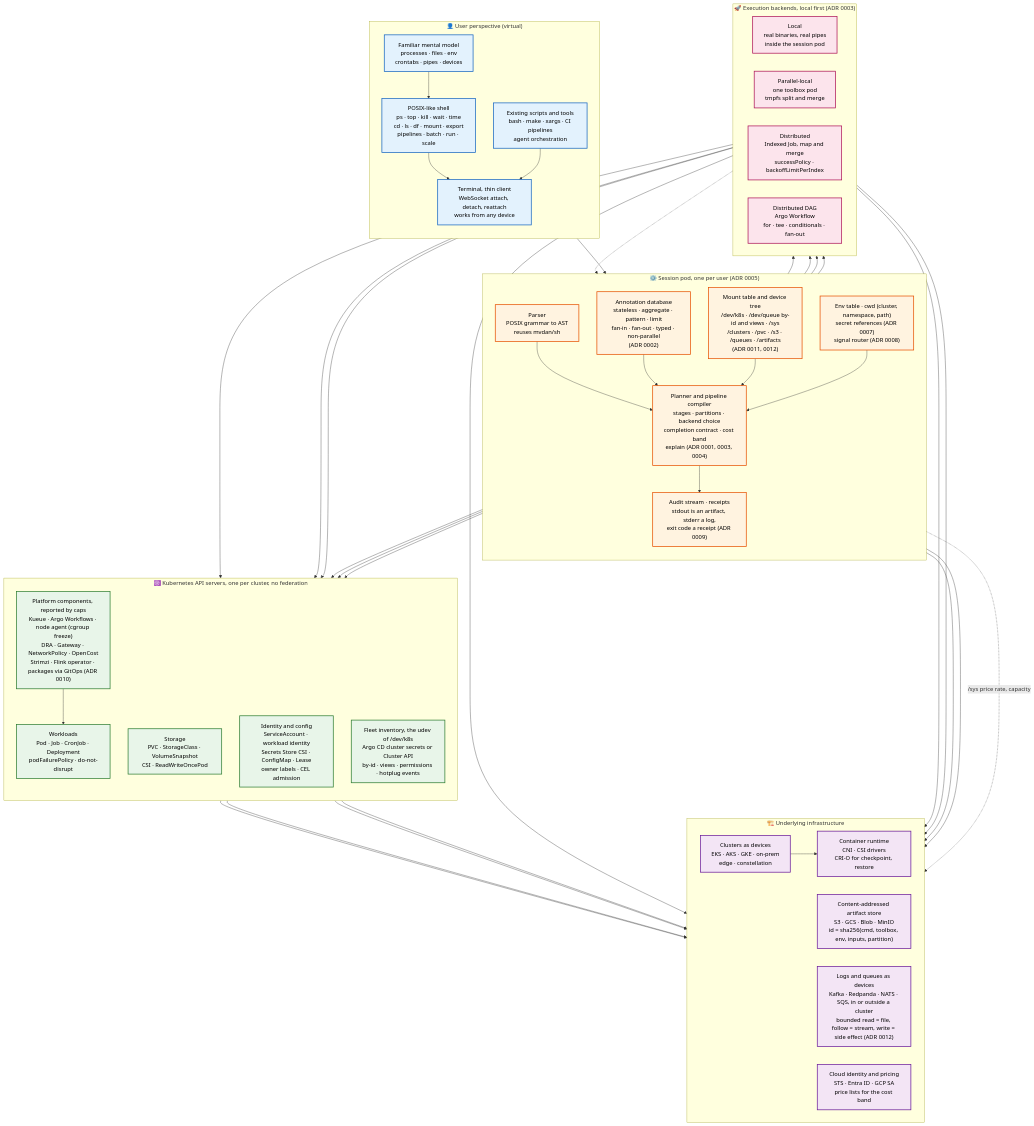
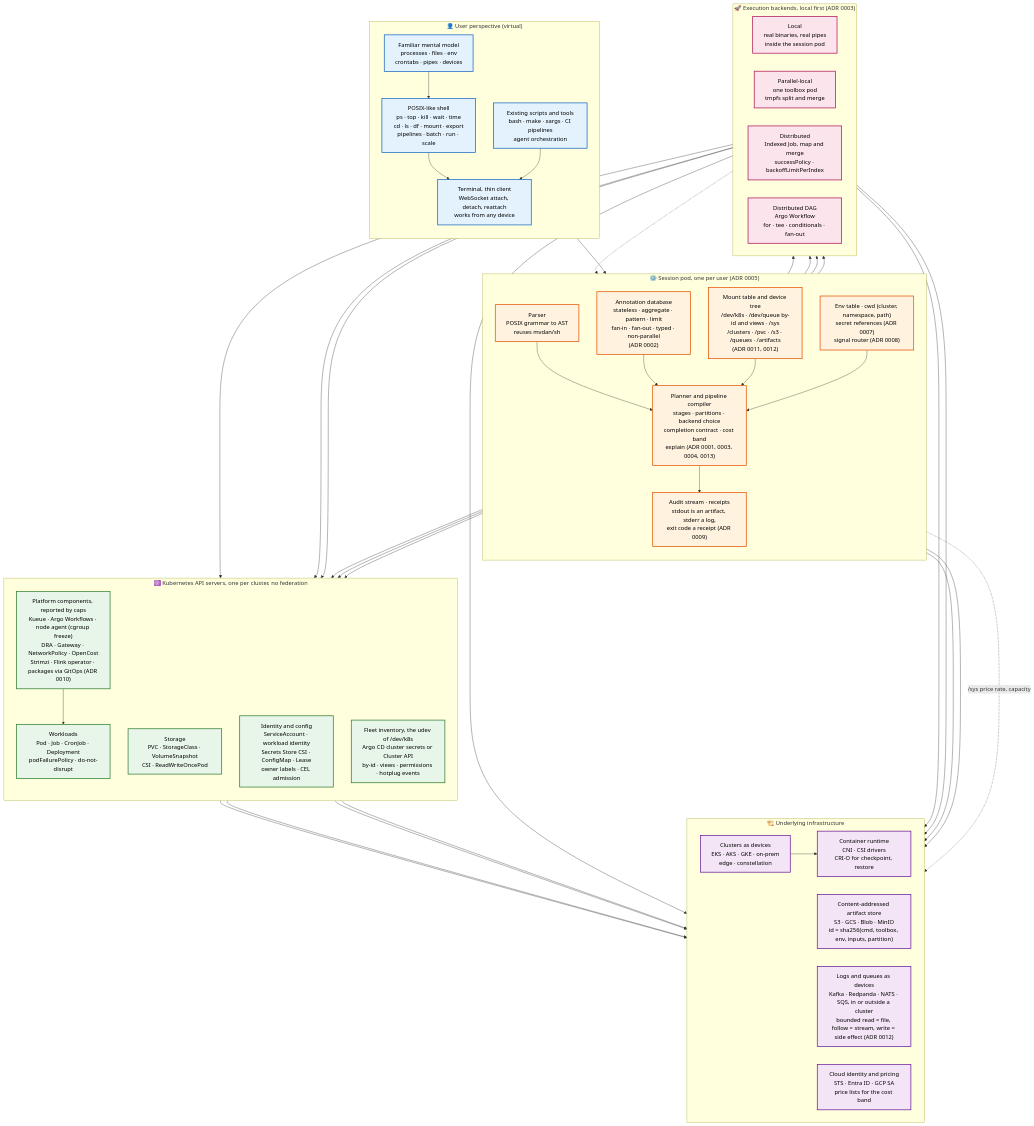
Before and after one commit to marcioyoshida/Convoy-Fleet-Manager: the diagram in README.md, drawn with Mermaid. The commit also changed other lines of this file and 9 other files, not shown here.

First line of the commit message:
ADR 0013 and 0014 drafts: native verbs have one shape; assisted completion

```diff
--- a/README.md
+++ b/README.md
@@ -89,7 +89,7 @@
     subgraph Session["⚙️ Session pod, one per user (ADR 0005)"]
         direction TB
         Parser["Parser<br/>POSIX grammar to AST<br/>reuses mvdan/sh"]
-        Planner["Planner and pipeline compiler<br/>stages · partitions · backend choice<br/>completion contract · cost band<br/>explain (ADR 0001, 0003, 0004)"]
+        Planner["Planner and pipeline compiler<br/>stages · partitions · backend choice<br/>completion contract · cost band<br/>explain (ADR 0001, 0003, 0004, 0013)"]
         Annot["Annotation database<br/>stateless · aggregate · pattern · limit<br/>fan-in · fan-out · typed · non-parallel<br/>(ADR 0002)"]
         Mounts["Mount table and device tree<br/>/dev/k8s · /dev/queue by-id and views · /sys<br/>/clusters · /pvc · /s3 · /queues · /artifacts<br/>(ADR 0011, 0012)"]
         State["Env table · cwd (cluster, namespace, path)<br/>secret references (ADR 0007)<br/>signal router (ADR 0008)"]
```
